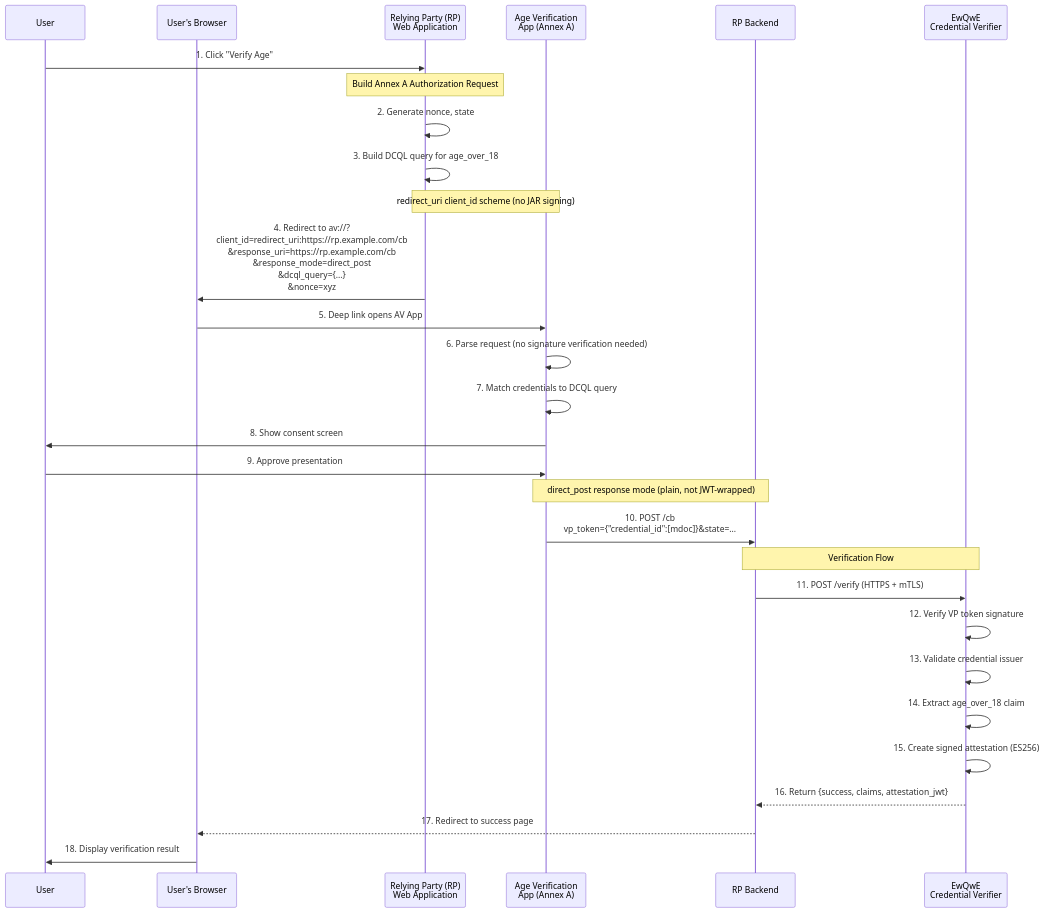
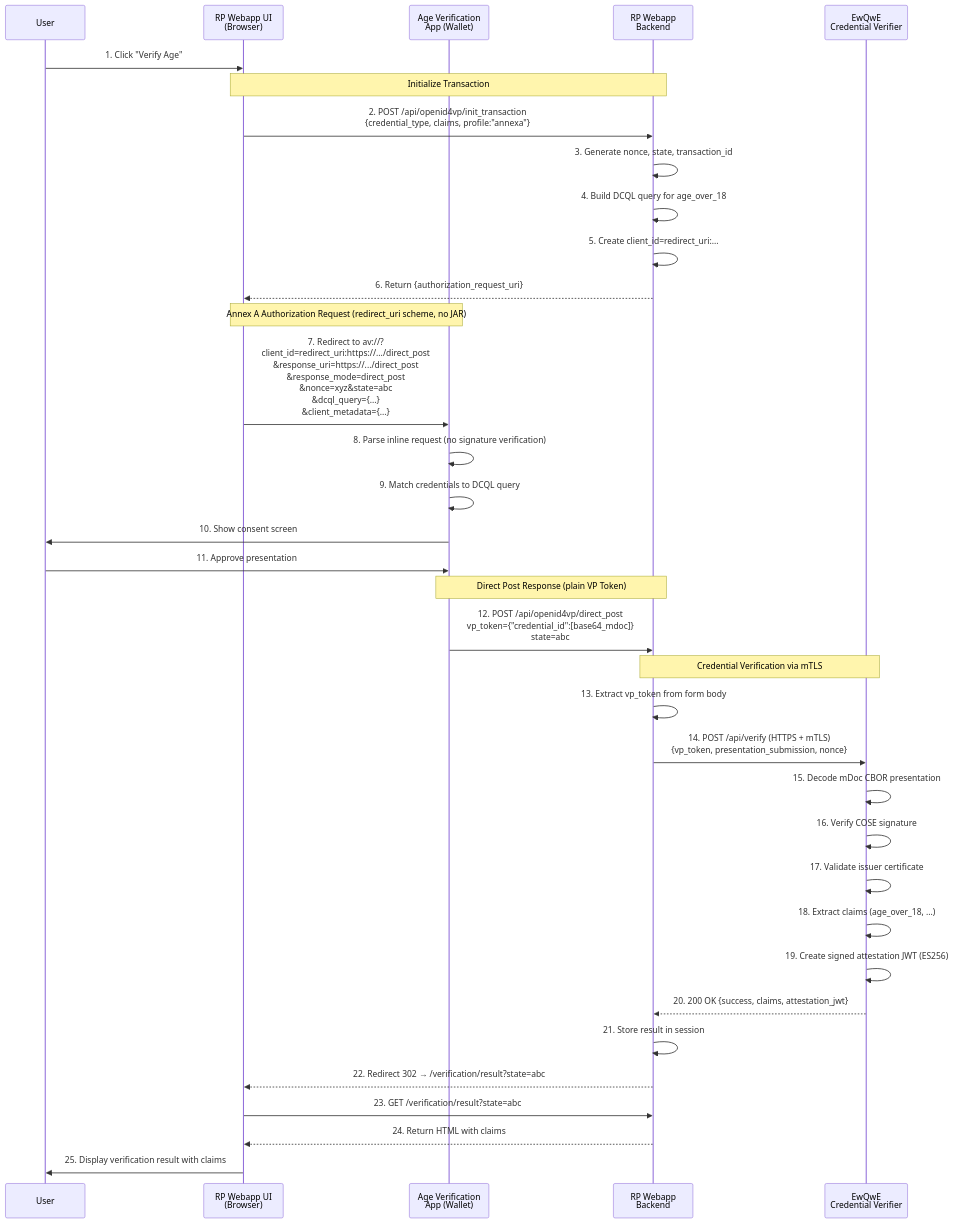
Before and after one commit to rd-ewqwe/ewqwe-identity: the first of 2 diagrams in documentation/src/user-journey.md, drawn with Mermaid. The commit also changed other lines of this file and 3 other files, not shown here.

````diff
--- a/documentation/src/user-journey.md
+++ b/documentation/src/user-journey.md
@@ -50,38 +73,44 @@
 ```mermaid
 sequenceDiagram
     participant User
-    participant Browser as User's Browser
-    participant WebappUI as Relying Party (RP)<br/>Web Application
-    participant AVI as Age Verification<br/>App (Annex A)
-    participant Backend as RP Backend
+    participant Browser as RP Webapp UI<br/>(Browser)
+    participant AVI as Age Verification<br/>App (Wallet)
+    participant Backend as RP Webapp<br/>Backend
     participant Verifier as EwQwE<br/>Credential Verifier
 
-    User->>WebappUI: 1. Click "Verify Age"
+    User->>Browser: 1. Click "Verify Age"
     
-    Note over WebappUI: Build Annex A Authorization Request
-    WebappUI->>WebappUI: 2. Generate nonce, state
-    WebappUI->>WebappUI: 3. Build DCQL query for age_over_18
+    Note over Browser,Backend: Initialize Transaction
+    Browser->>Backend: 2. POST /api/openid4vp/init_transaction<br/>{credential_type, claims, profile:"annexa"}
+    Backend->>Backend: 3. Generate nonce, state, transaction_id
+    Backend->>Backend: 4. Build DCQL query for age_over_18
+    Backend->>Backend: 5. Create client_id=redirect_uri:...
+    Backend-->>Browser: 6. Return {authorization_request_uri}
     
-    Note over WebappUI,AVI: redirect_uri client_id scheme (no JAR signing)
-    WebappUI->>Browser: 4. Redirect to av://?<br/>client_id=redirect_uri:https://rp.example.com/cb<br/>&response_uri=https://rp.example.com/cb<br/>&response_mode=direct_post<br/>&dcql_query={...}<br/>&nonce=xyz
+    Note over Browser,AVI: Annex A Authorization Request (redirect_uri scheme, no JAR)
+    Browser->>AVI: 7. Redirect to av://?<br/>client_id=redirect_uri:https://.../direct_post<br/>&response_uri=https://.../direct_post<br/>&response_mode=direct_post<br/>&nonce=xyz&state=abc<br/>&dcql_query={...}<br/>&client_metadata={...}
     
-    Browser->>AVI: 5. Deep link opens AV App
-    AVI->>AVI: 6. Parse request (no signature verification needed)
-    AVI->>AVI: 7. Match credentials to DCQL query
-    AVI->>User: 8. Show consent screen
-    User->>AVI: 9. Approve presentation
+    AVI->>AVI: 8. Parse inline request (no signature verification)
+    AVI->>AVI: 9. Match credentials to DCQL query
+    AVI->>User: 10. Show consent screen
+    User->>AVI: 11. Approve presentation
     
-    Note over AVI,Backend: direct_post response mode (plain, not JWT-wrapped)
-    AVI->>Backend: 10. POST /cb<br/>vp_token={"credential_id":[mdoc]}&state=...
+    Note over AVI,Backend: Direct Post Response (plain VP Token)
+    AVI->>Backend: 12. POST /api/openid4vp/direct_post<br/>vp_token={"credential_id":[base64_mdoc]}<br/>state=abc
     
-    Note over Backend,Verifier: Verification Flow
-    Backend->>Verifier: 11. POST /verify (HTTPS + mTLS)
-    Verifier->>Verifier: 12. Verify VP token signature
-    Verifier->>Verifier: 13. Validate credential issuer
-    Verifier->>Verifier: 14. Extract age_over_18 claim
-    Verifier->>Verifier: 15. Create signed attestation (ES256)
-    Verifier-->>Backend: 16. Return {success, claims, attestation_jwt}
+    Note over Backend,Verifier: Credential Verification via mTLS
+    Backend->>Backend: 13. Extract vp_token from form body
+    Backend->>Verifier: 14. POST /api/verify (HTTPS + mTLS)<br/>{vp_token, presentation_submission, nonce}
+    Verifier->>Verifier: 15. Decode mDoc CBOR presentation
+    Verifier->>Verifier: 16. Verify COSE signature
+    Verifier->>Verifier: 17. Validate issuer certificate
+    Verifier->>Verifier: 18. Extract claims (age_over_18, ...)
+    Verifier->>Verifier: 19. Create signed attestation JWT (ES256)
+    Verifier-->>Backend: 20. 200 OK {success, claims, attestation_jwt}
     
-    Backend-->>Browser: 17. Redirect to success page
-    Browser->>User: 18. Display verification result
+    Backend->>Backend: 21. Store result in session
+    Backend-->>Browser: 22. Redirect 302 → /verification/result?state=abc
+    Browser->>Backend: 23. GET /verification/result?state=abc
+    Backend-->>Browser: 24. Return HTML with claims
+    Browser->>User: 25. Display verification result with claims
 ```
````
